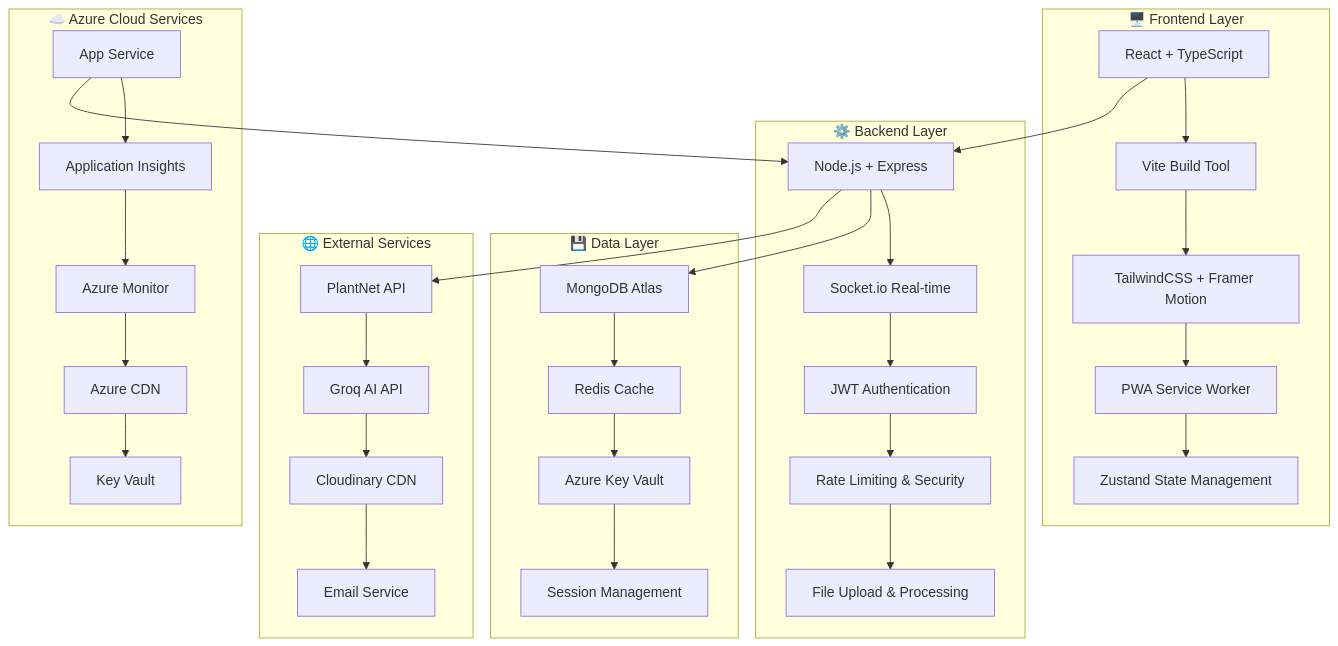
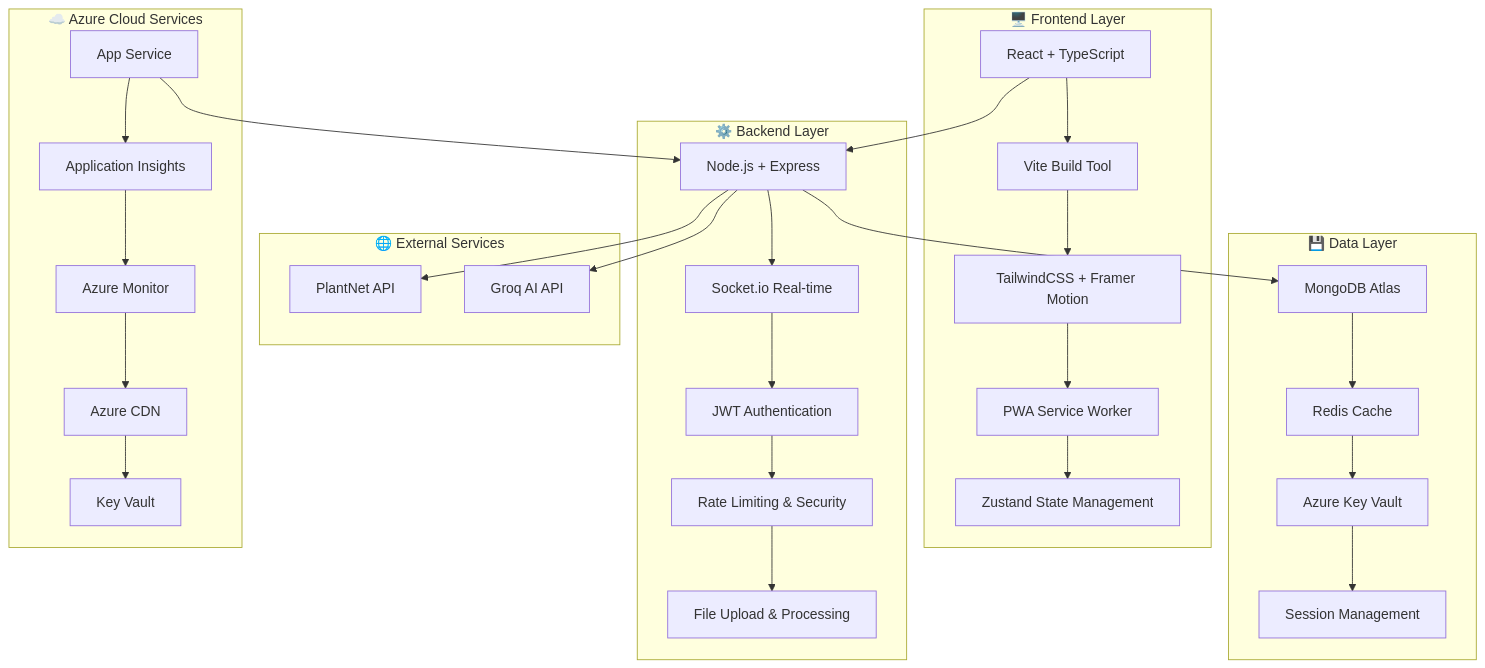
One commit to CipherYuvraj/Greenstagram changed the fourth of 6 diagrams in README.md. Above: the diagram before and after it, drawn with Mermaid. The commit also changed other lines of this file and 11 other files, not shown here.

````diff
--- a/README.md
+++ b/README.md
@@ -1344,40 +1342,40 @@
 ```mermaid
 graph TB
     subgraph "🖥️ Frontend Layer"
         A[React + TypeScript] --> B[Vite Build Tool]
         B --> C[TailwindCSS + Framer Motion]
         C --> D[PWA Service Worker]
         D --> E[Zustand State Management]
     end
     
     subgraph "⚙️ Backend Layer"
         F[Node.js + Express] --> G[Socket.io Real-time]
         G --> H[JWT Authentication]
         H --> I[Rate Limiting & Security]
         I --> J[File Upload & Processing]
     end
     
     subgraph "💾 Data Layer"
         K[MongoDB Atlas] --> L[Redis Cache]
         L --> M[Azure Key Vault]
         M --> N[Session Management]
     end
     
     subgraph "🌐 External Services"
-        O[PlantNet API] --> P[Groq AI API]
-        P --> Q[Cloudinary CDN]
-        Q --> R[Email Service]
+        O[PlantNet API]
+        P[Groq AI API]
     end
     
     subgraph "☁️ Azure Cloud Services"
         S[App Service] --> T[Application Insights]
         T --> U[Azure Monitor]
         U --> V[Azure CDN]
         V --> W[Key Vault]
     end
     
     A --> F
     F --> K
     F --> O
+    F --> P
     S --> F
 ```
````
